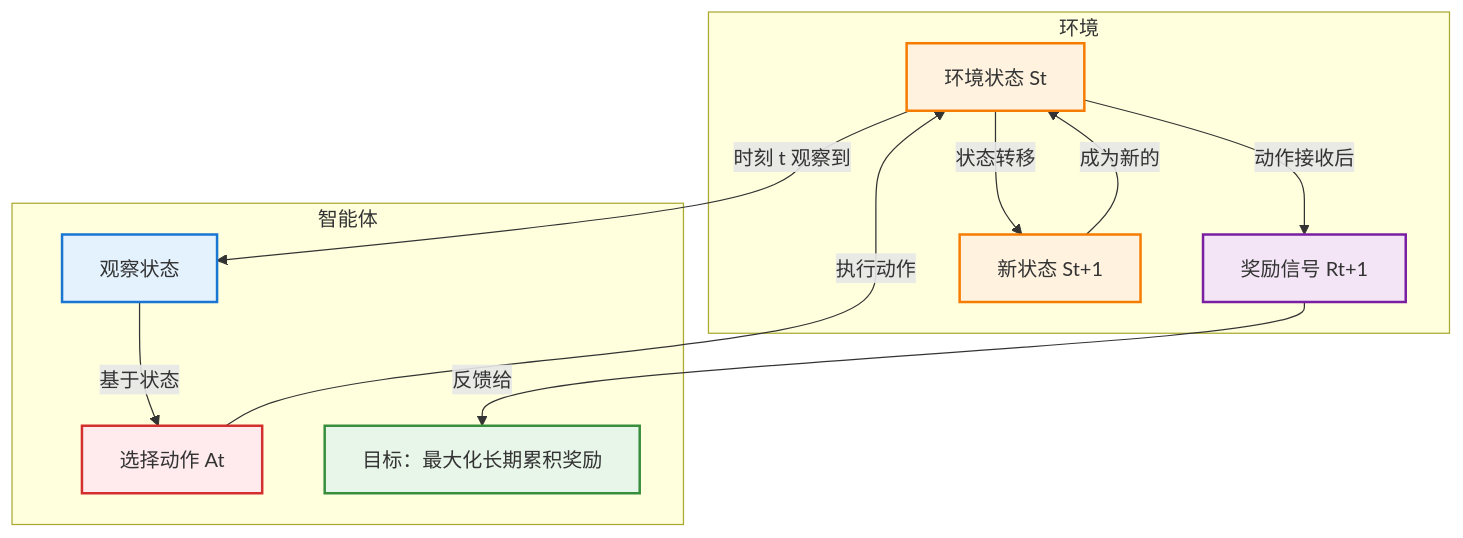
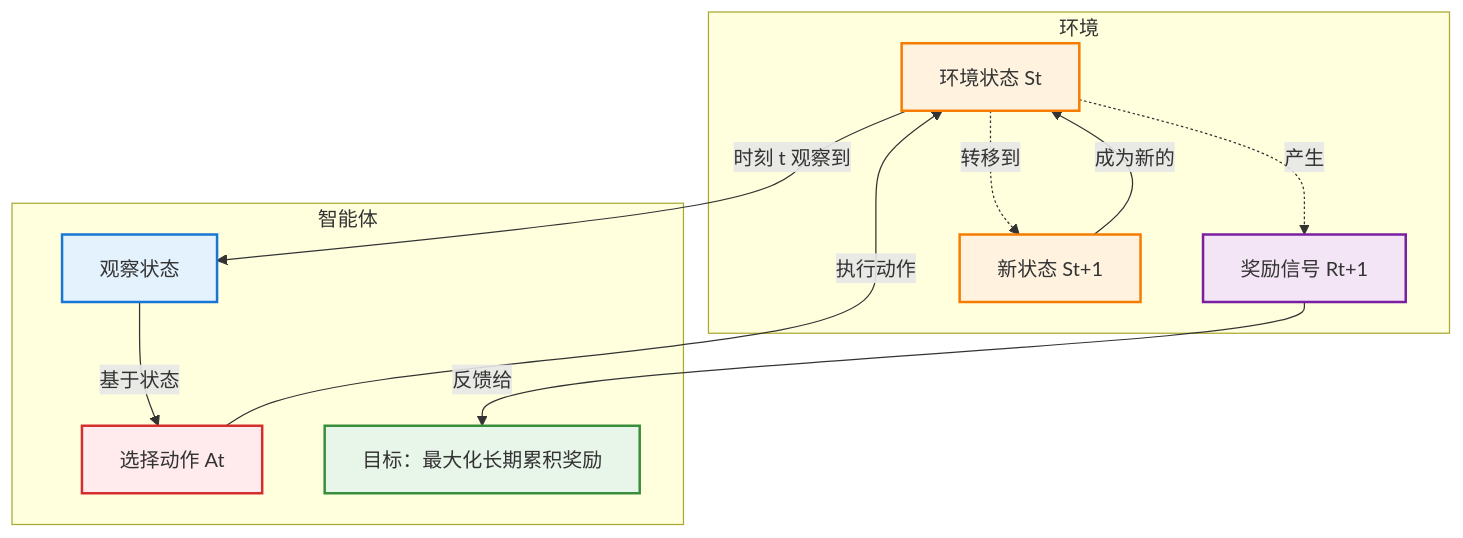
One commit to sfs999/RL-learning changed the first of 2 diagrams in 强化学习基础概念.md. Above: the diagram before and after it, drawn with Mermaid.

````diff
--- a/强化学习基础概念.md
+++ b/强化学习基础概念.md
@@ -24,29 +24,29 @@
 ```mermaid
 flowchart TD
     subgraph 环境
         E[环境状态 St]
         R[奖励信号 Rt+1]
         ENext[新状态 St+1]
     end
     
     subgraph 智能体
         A[观察状态]
         D[选择动作 At]
         G[目标：最大化长期累积奖励]
     end
     
     E -->|时刻 t 观察到 | A
     A -->|基于状态 | D
     D -->|执行动作 | E
-    E -->|动作接收后 | R
-    E -->|状态转移 | ENext
+    E -.->|产生 | R
+    E -.->|转移到 | ENext
     R -->|反馈给 | G
     ENext -->|成为新的 | E
     
     style A fill:#e3f2fd,stroke:#1976d2,stroke-width:2px
     style D fill:#ffebee,stroke:#d32f2f,stroke-width:2px
     style G fill:#e8f5e9,stroke:#388e3c,stroke-width:2px
     style E fill:#fff3e0,stroke:#f57c00,stroke-width:2px
     style R fill:#f3e5f5,stroke:#7b1fa2,stroke-width:2px
     style ENext fill:#fff3e0,stroke:#f57c00,stroke-width:2px
 ```
````
